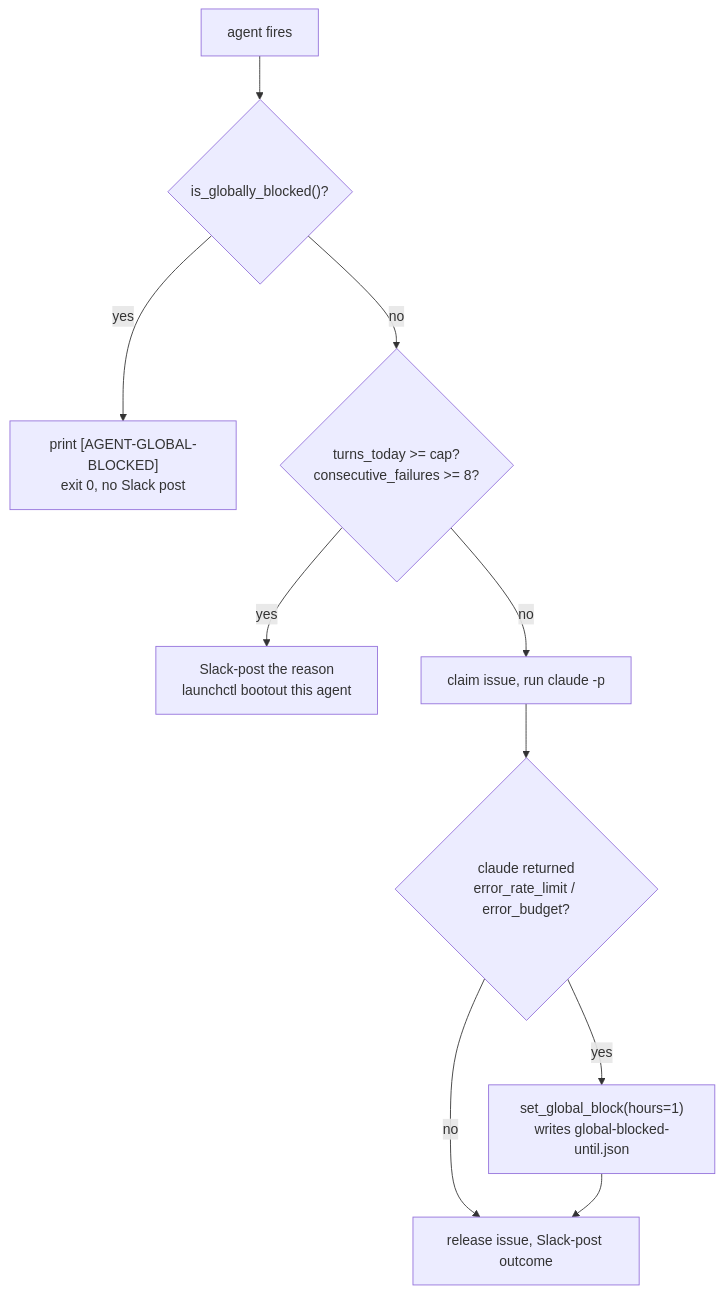
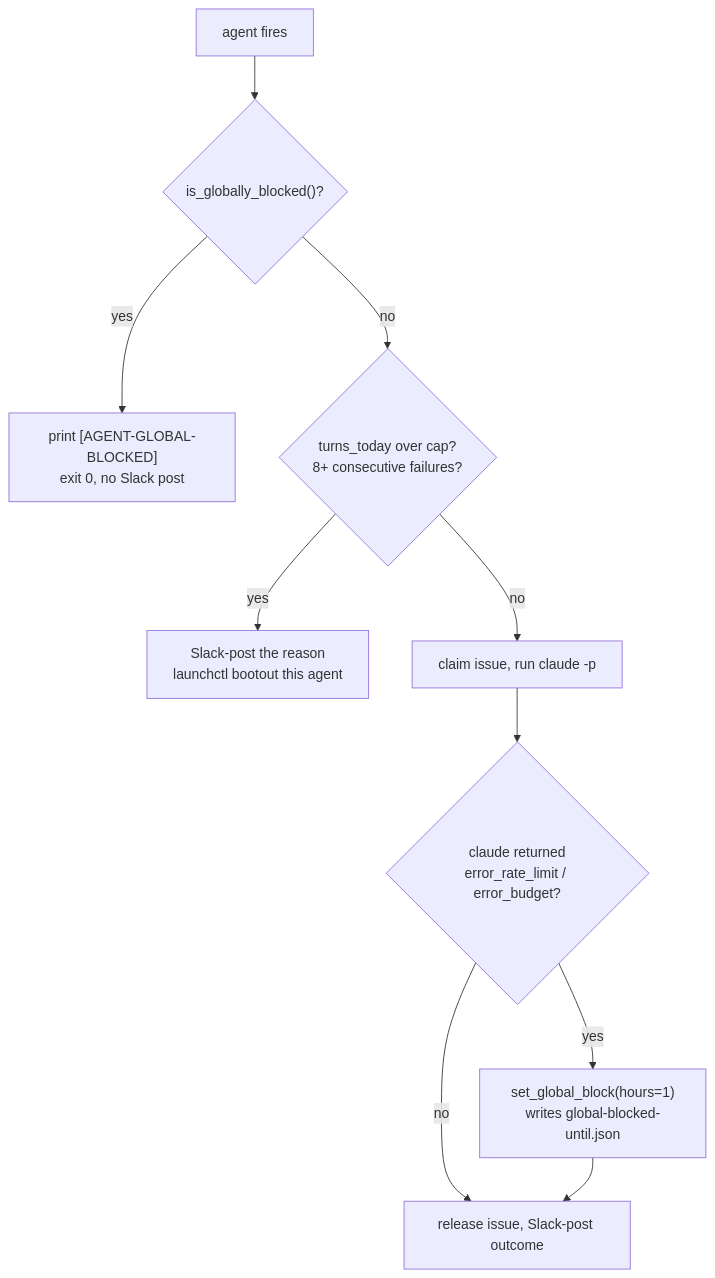
The fourth of 4 diagrams in site/src/content/docs/concepts/architecture.md (luminik-io/alfred-os), drawn with Mermaid before and after one commit. The commit also changed other lines of this file and 7 other files, not shown here.

First line of the commit message:
fix(site): repair broken mermaid diagrams + pin copyright bar

````diff
--- a/site/src/content/docs/concepts/architecture.md
+++ b/site/src/content/docs/concepts/architecture.md
@@ -131,22 +131,22 @@
 ```mermaid
 flowchart TB
     fire["agent fires"]
     gblock{"is_globally_blocked()?"}
     skip["print [AGENT-GLOBAL-BLOCKED]<br/>exit 0, no Slack post"]
-    cap{"turns_today &gt;= cap?<br/>consecutive_failures &gt;= 8?"}
+    cap{"turns_today over cap?<br/>8+ consecutive failures?"}
     pause["Slack-post the reason<br/>launchctl bootout this agent"]
     work["claim issue, run claude -p"]
     rl{"claude returned<br/>error_rate_limit / error_budget?"}
     setblock["set_global_block(hours=1)<br/>writes global-blocked-until.json"]
     done["release issue, Slack-post outcome"]
 
     fire --> gblock
     gblock -- yes --> skip
     gblock -- no --> cap
     cap -- yes --> pause
     cap -- no --> work
     work --> rl
     rl -- yes --> setblock
     rl -- no --> done
     setblock --> done
 ```
````
